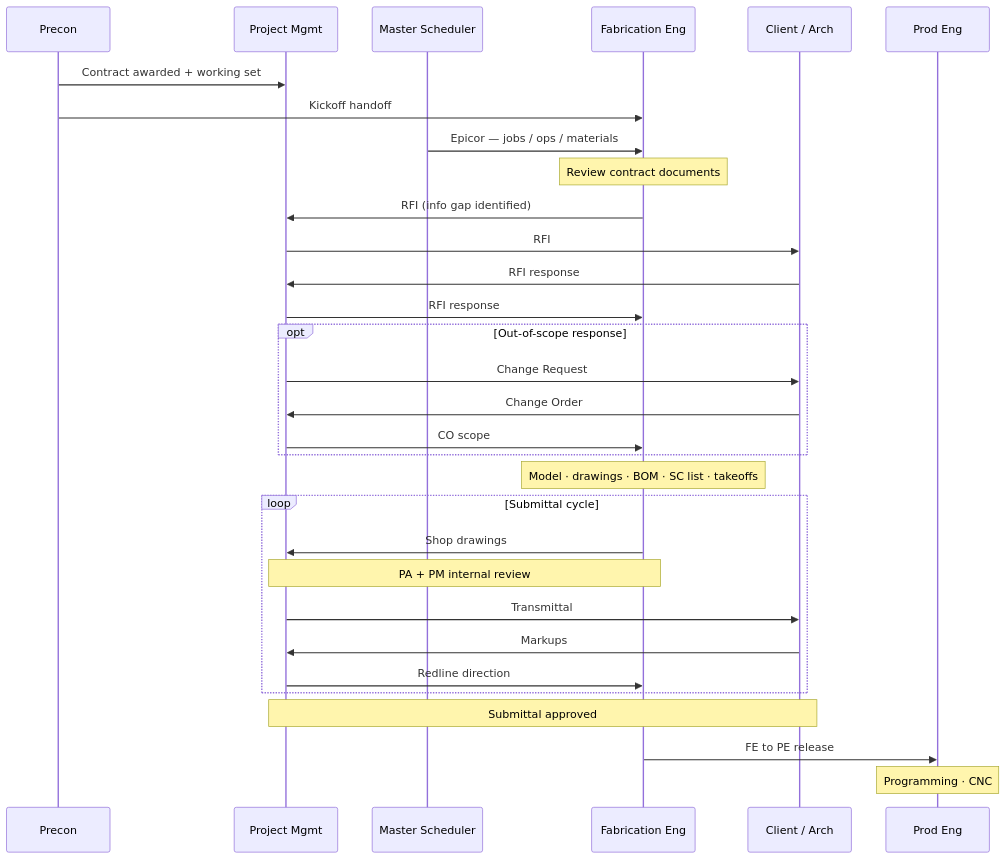
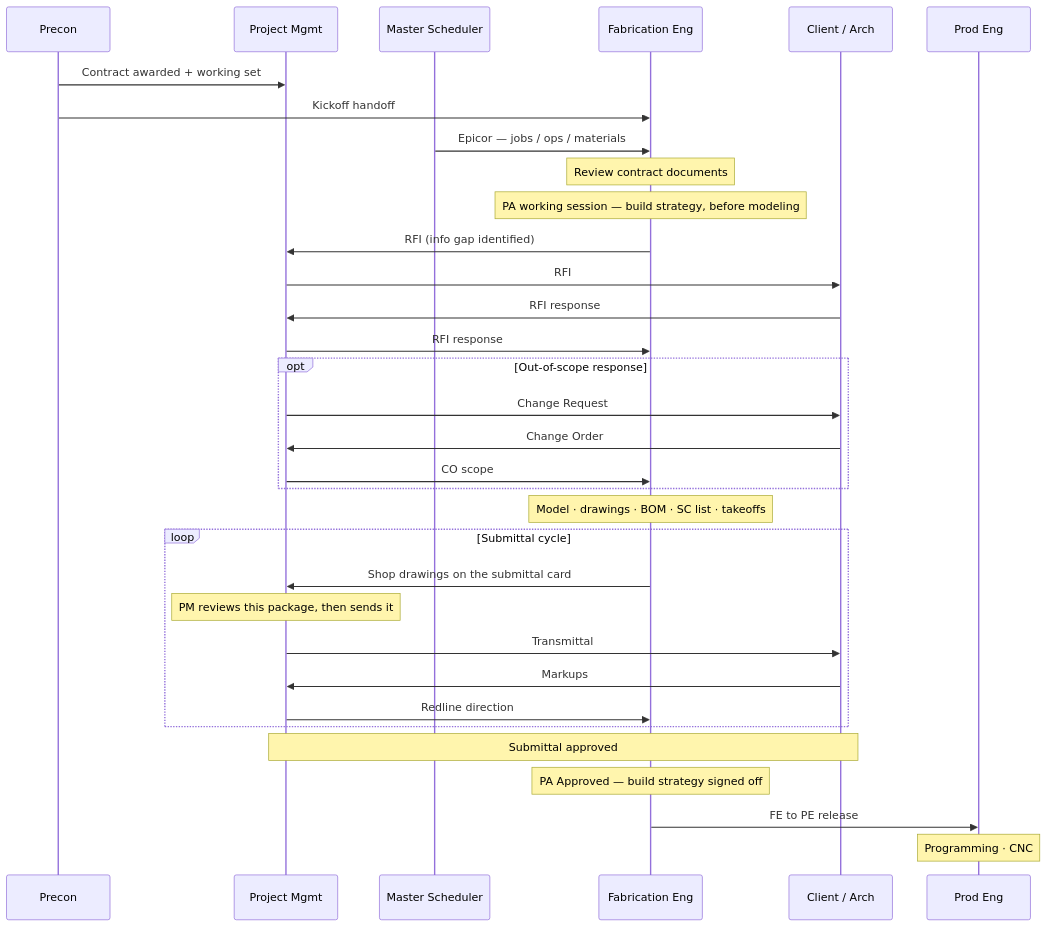
One commit to cwka-engineering/cwka-engineering.github.io changed the diagram in onboarding/project-delivery.md. Above: the diagram before and after it, drawn with Mermaid. The commit also changed other lines of this file and 14 other files, not shown here.

First line of the commit message:
Wiki: separate the PM drawing review from the PA build-strategy review.

````diff
--- a/onboarding/project-delivery.md
+++ b/onboarding/project-delivery.md
@@ -21,41 +21,43 @@
 ```mermaid
 sequenceDiagram
     participant Pre as Precon
     participant PM as Project Mgmt
     participant MS as Master Scheduler
     participant FE as Fabrication Eng
     participant CL as Client / Arch
     participant PE as Prod Eng
 
     Pre->>PM: Contract awarded + working set
     Pre->>FE: Kickoff handoff
     MS->>FE: Epicor — jobs / ops / materials
 
     Note over FE: Review contract documents
+    Note over FE: PA working session — build strategy, before modeling
 
     FE->>PM: RFI (info gap identified)
     PM->>CL: RFI
     CL->>PM: RFI response
     PM->>FE: RFI response
 
     opt Out-of-scope response
         PM->>CL: Change Request
         CL->>PM: Change Order
         PM->>FE: CO scope
     end
 
     Note over FE: Model · drawings · BOM · SC list · takeoffs
 
     loop Submittal cycle
-        FE->>PM: Shop drawings
-        Note over PM,FE: PA + PM internal review
+        FE->>PM: Shop drawings on the submittal card
+        Note over PM: PM reviews this package, then sends it
         PM->>CL: Transmittal
         CL->>PM: Markups
         PM->>FE: Redline direction
     end
 
     Note over CL,PM: Submittal approved
+    Note over FE: PA Approved — build strategy signed off
 
     FE->>PE: FE to PE release
     Note over PE: Programming · CNC
 ```
````
